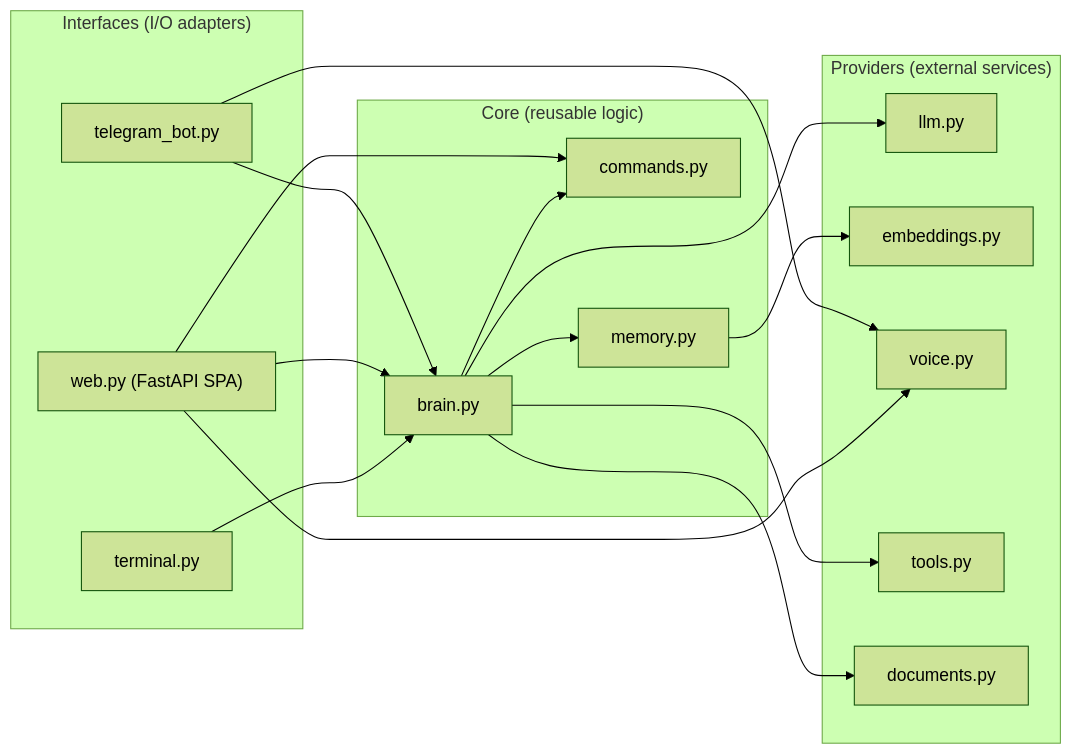
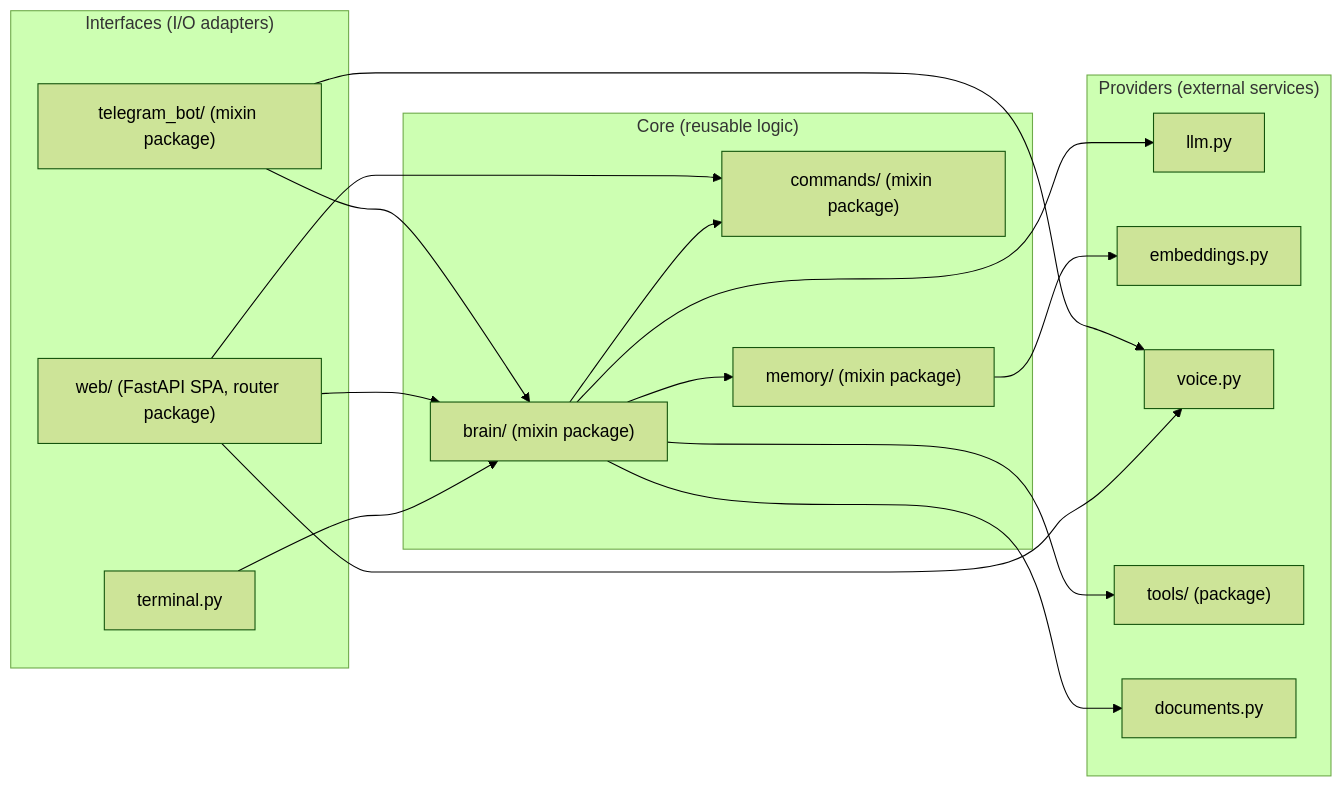
The first of 4 diagrams in docs/architecture.md (Ryanditko/E.V), drawn with Mermaid (forest theme) before and after one commit. The commit also changed other lines of this file and 2 other files, not shown here.

First line of the commit message:
docs: resync architecture docs with post-refactor package layout

````diff
--- a/docs/architecture.md
+++ b/docs/architecture.md
@@ -14,32 +14,32 @@
 ```mermaid
 flowchart LR
     subgraph OUT["Interfaces (I/O adapters)"]
-        TG["telegram_bot.py"]
-        WEB["web.py (FastAPI SPA)"]
+        TG["telegram_bot/ (mixin package)"]
+        WEB["web/ (FastAPI SPA, router package)"]
         TE["terminal.py"]
     end
     subgraph CORE["Core (reusable logic)"]
-        B["brain.py"]
-        CM["commands.py"]
-        M["memory.py"]
+        B["brain/ (mixin package)"]
+        CM["commands/ (mixin package)"]
+        M["memory/ (mixin package)"]
     end
     subgraph PROV["Providers (external services)"]
         L["llm.py"]
         E["embeddings.py"]
         V["voice.py"]
-        T["tools.py"]
+        T["tools/ (package)"]
         D["documents.py"]
     end
     TG --> B
     WEB --> B
     WEB --> CM
     TE --> B
     B --> CM
     B --> M
     B --> L
     B --> T
     B --> D
     M --> E
     TG --> V
     WEB --> V
 ```
````
